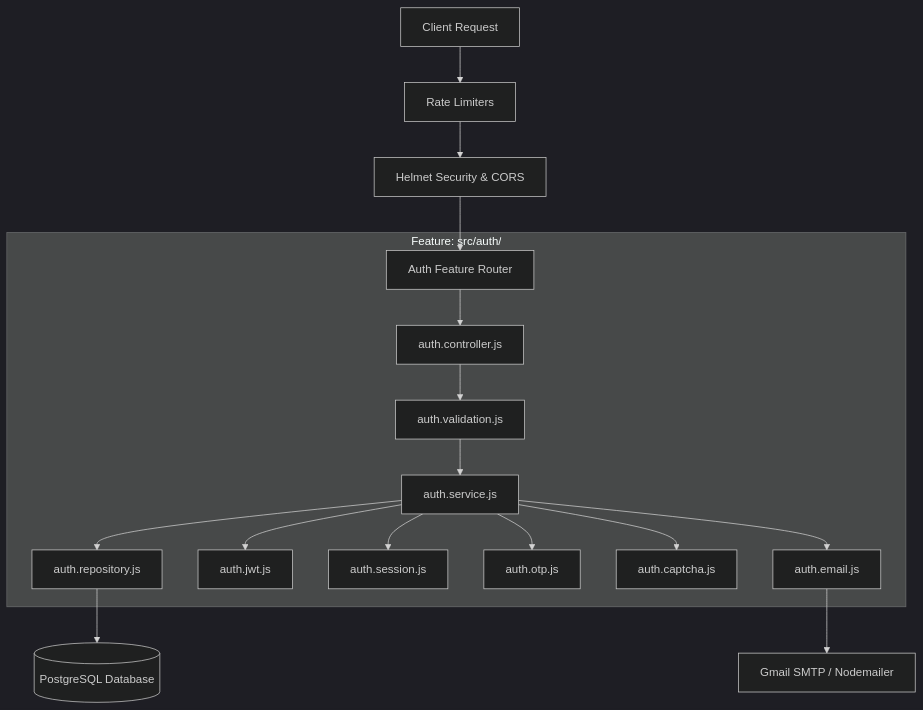
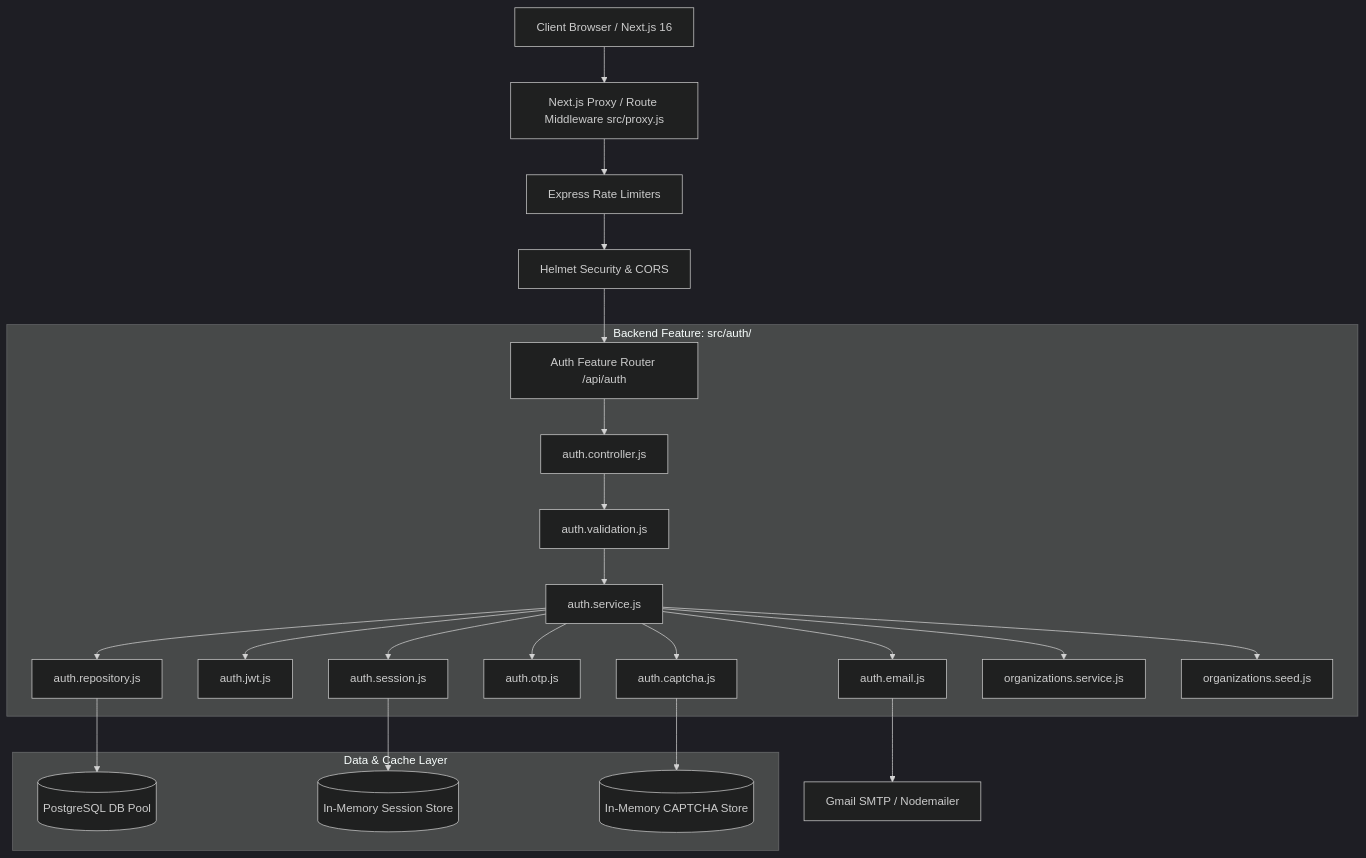
Before and after one commit to Dhrumil-Kharadi/Urban_Furniture: the first of 9 diagrams in Doc/auth.md, drawn with Mermaid (dark theme). The commit also changed other lines of this file and 4 other files, not shown here.

````diff
--- a/Doc/auth.md
+++ b/Doc/auth.md
@@ -30,22 +37,30 @@
 ```mermaid
 flowchart TD
-    Client[Client Request] --> RateLimiter[Rate Limiters]
-    RateLimiter --> HelmetCors[Helmet Security & CORS]
-    HelmetCors --> Router[Auth Feature Router]
+    Client[Client Browser / Next.js 16] --> ProxyMW[Next.js Proxy / Route Middleware src/proxy.js]
+    ProxyMW --> RateLimiters[Express Rate Limiters]
+    RateLimiters --> SecurityMW[Helmet Security & CORS]
+    SecurityMW --> AuthRouter[Auth Feature Router /api/auth]
 
-    subgraph AuthModule["Feature: src/auth/"]
-        Router --> Controller[auth.controller.js]
-        Controller --> Validation[auth.validation.js]
-        Validation --> Service[auth.service.js]
+    subgraph AuthModule["Backend Feature: src/auth/"]
+        AuthRouter --> AuthController[auth.controller.js]
+        AuthController --> AuthValidation[auth.validation.js]
+        AuthValidation --> AuthService[auth.service.js]
         
-        Service --> Repository[auth.repository.js]
-        Service --> AuthJwt[auth.jwt.js]
-        Service --> AuthSession[auth.session.js]
-        Service --> AuthOtp[auth.otp.js]
-        Service --> AuthCaptcha[auth.captcha.js]
-        Service --> AuthEmail[auth.email.js]
+        AuthService --> AuthRepo[auth.repository.js]
+        AuthService --> AuthJwt[auth.jwt.js]
+        AuthService --> AuthSession[auth.session.js]
+        AuthService --> AuthOtp[auth.otp.js]
+        AuthService --> AuthCaptcha[auth.captcha.js]
+        AuthService --> AuthEmail[auth.email.js]
+        AuthService --> OrgService[organizations.service.js]
+        AuthService --> OrgSeed[organizations.seed.js]
     end
 
-    Repository --> Postgres[(PostgreSQL Database)]
-    AuthEmail --> GmailSMTP[Gmail SMTP / Nodemailer]
+    subgraph StorageTier["Data & Cache Layer"]
+        AuthRepo --> Postgres[(PostgreSQL DB Pool)]
+        AuthSession --> InMemSession[(In-Memory Session Store)]
+        AuthCaptcha --> InMemCaptcha[(In-Memory CAPTCHA Store)]
+    end
+
+    AuthEmail --> SMTP[Gmail SMTP / Nodemailer]
 ```
````
